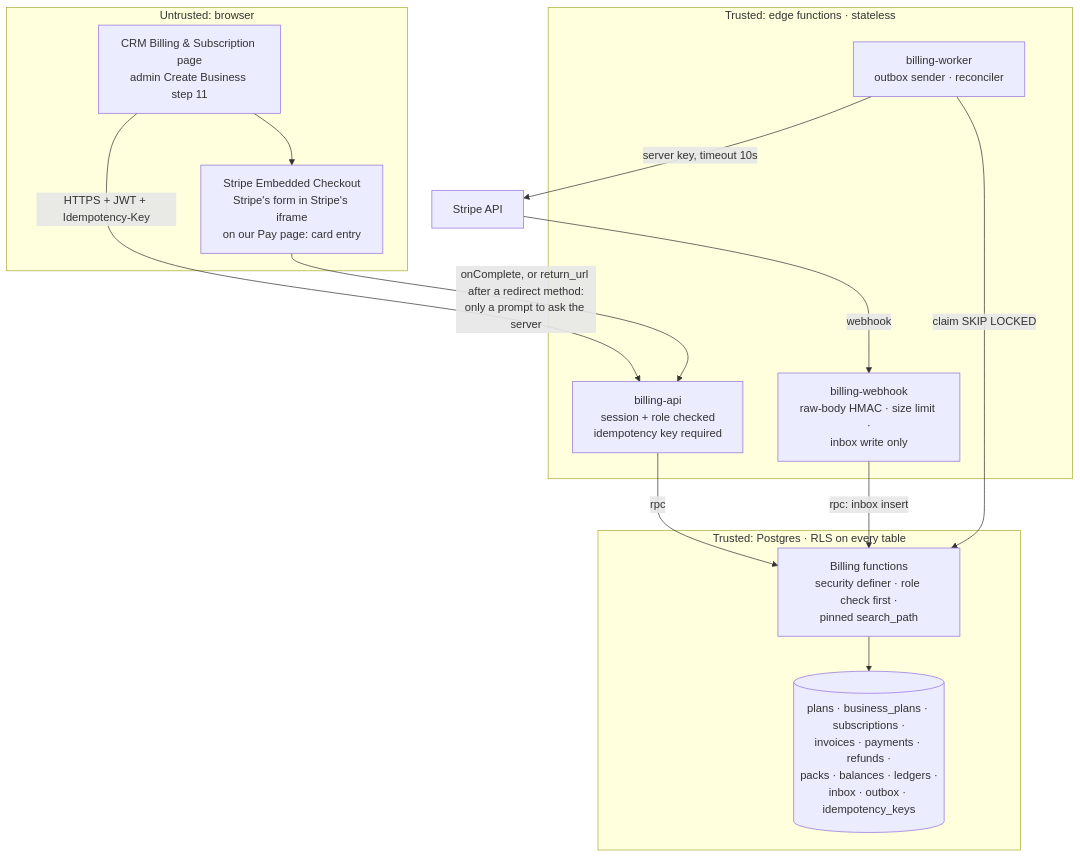
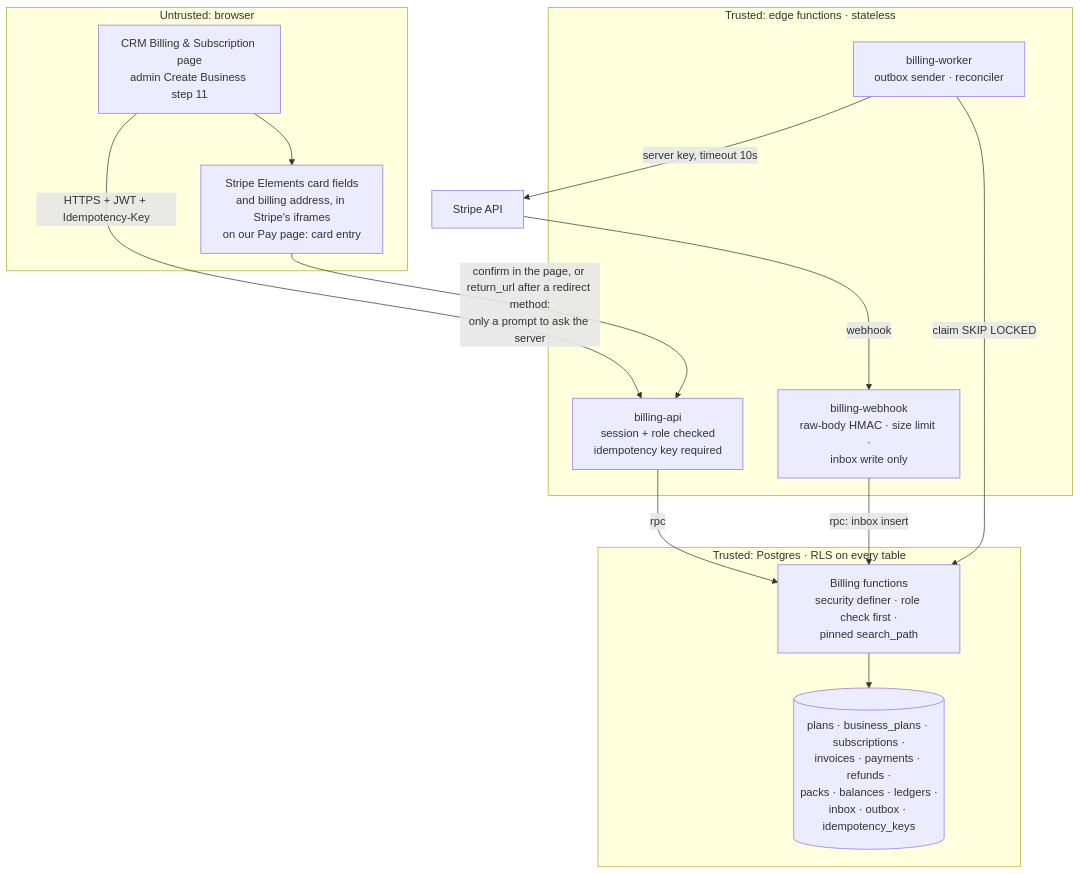
Before and after one commit to singhdhruv525-source/Zella-AI: the second of 22 diagrams in docs/PAYMENTS_ARCHITECTURE.md, drawn with Mermaid. The commit also changed other lines of this file and 34 other files, not shown here.

First line of the commit message:
Live fill, photoreal card, billing address and any country cards in the glass checkout

````diff
--- a/docs/PAYMENTS_ARCHITECTURE.md
+++ b/docs/PAYMENTS_ARCHITECTURE.md
@@ -71,25 +71,25 @@
 ```mermaid
 flowchart TB
   subgraph Browser[Untrusted: browser]
     UI[CRM Billing & Subscription page<br/>admin Create Business step 11]
-    RZJS[Stripe Embedded Checkout<br/>Stripe's form in Stripe's iframe<br/>on our Pay page: card entry]
+    RZJS[Stripe Elements card fields<br/>and billing address, in Stripe's iframes<br/>on our Pay page: card entry]
   end
   subgraph Edge[Trusted: edge functions · stateless]
     BAPI[billing-api<br/>session + role checked<br/>idempotency key required]
     BWH[billing-webhook<br/>raw-body HMAC · size limit ·<br/>inbox write only]
     BWK[billing-worker<br/>outbox sender · reconciler]
   end
   subgraph Data[Trusted: Postgres · RLS on every table]
     FN[Billing functions<br/>security definer · role check first ·<br/>pinned search_path]
     T[(plans · business_plans · subscriptions ·<br/>invoices · payments · refunds ·<br/>packs · balances · ledgers ·<br/>inbox · outbox · idempotency_keys)]
   end
   RZ[Stripe API]
 
   UI -->|HTTPS + JWT + Idempotency-Key| BAPI
   UI --> RZJS
-  RZJS -->|onComplete, or return_url after a redirect method:<br/>only a prompt to ask the server| BAPI
+  RZJS -->|confirm in the page, or return_url after a redirect method:<br/>only a prompt to ask the server| BAPI
   BAPI -->|rpc| FN --> T
   RZ -->|webhook| BWH -->|rpc: inbox insert| FN
   BWK -->|claim SKIP LOCKED| FN
   BWK -->|server key, timeout 10s| RZ
 ```
````
